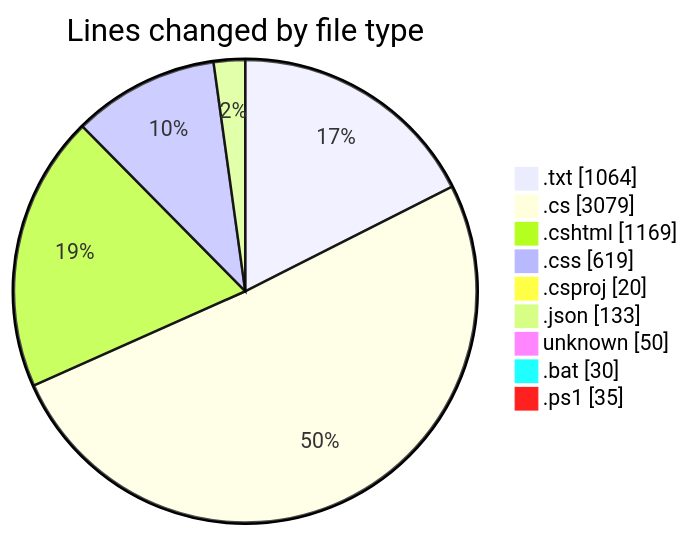
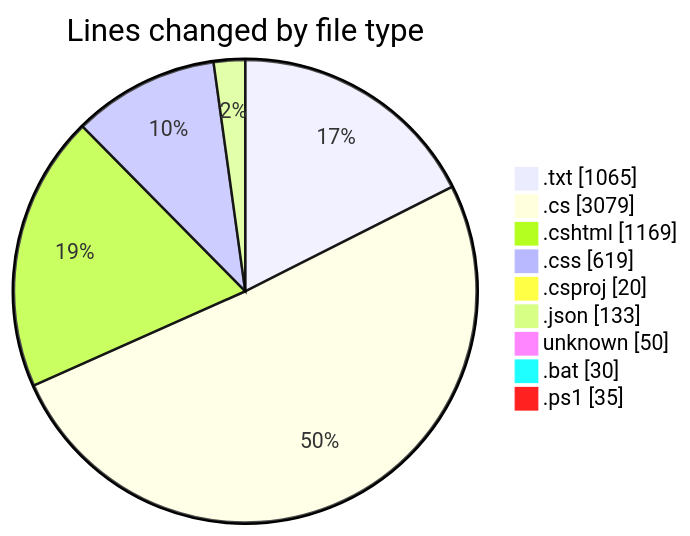
The first of 2 diagrams in 2025-07-26/quanlyrapchieuphim-1/README.md (lephambinh05/code-tracking), drawn with Mermaid before and after one commit. The commit also changed other lines of this file and 1 other file, not shown here.

````diff
--- a/2025-07-26/quanlyrapchieuphim-1/README.md
+++ b/2025-07-26/quanlyrapchieuphim-1/README.md
@@ -37,13 +37,13 @@
 ```mermaid
 pie showData
 title Lines changed by file type
-".txt" : 1064
+".txt" : 1065
 ".cs" : 3079
 ".cshtml" : 1169
 ".css" : 619
 ".csproj" : 20
 ".json" : 133
 "unknown" : 50
 ".bat" : 30
 ".ps1" : 35
 ```
````
